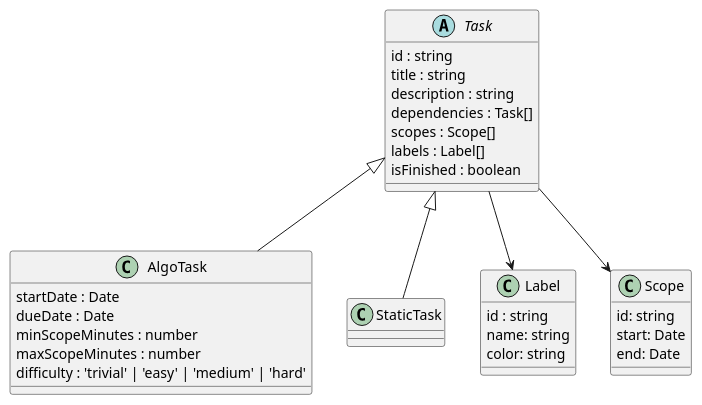
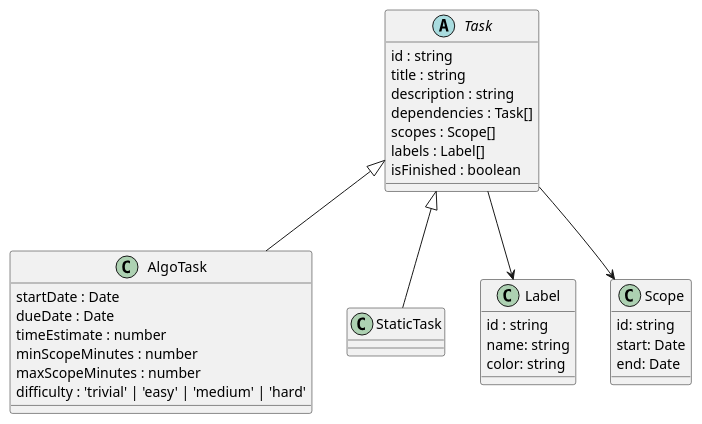
One commit to NI0-Name-Ideas-0/ChronoScope-models changed the diagram in frontend_task_class_model.pu. Above: the diagram before and after it, drawn with PlantUML.

Commit message:
add time estimate

```diff
--- a/frontend_task_class_model.pu
+++ b/frontend_task_class_model.pu
@@ -1,38 +1,39 @@
 @startuml
 abstract class Task {
     id : string 
     title : string
     description : string
     dependencies : Task[]
     scopes : Scope[]
     labels : Label[]
     isFinished : boolean
 }
 
 class AlgoTask {
     startDate : Date
     dueDate : Date
+    timeEstimate : number
     minScopeMinutes : number
     maxScopeMinutes : number
     difficulty : 'trivial' | 'easy' | 'medium' | 'hard'
 }
 
 class StaticTask
 
 class Label {
     id : string
     name: string
     color: string
 }
 
 class Scope {
     id: string
     start: Date
     end: Date
 }
 
 Task <|-- AlgoTask
 Task <|-- StaticTask
 Task --> Scope
 Task --> Label
 @enduml
```
